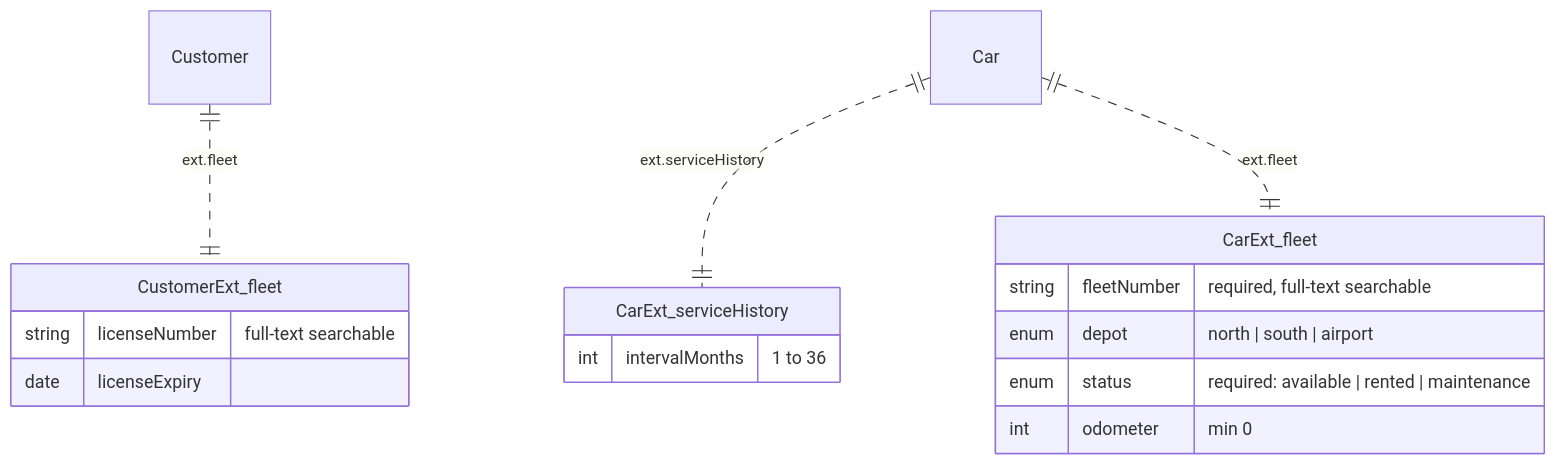
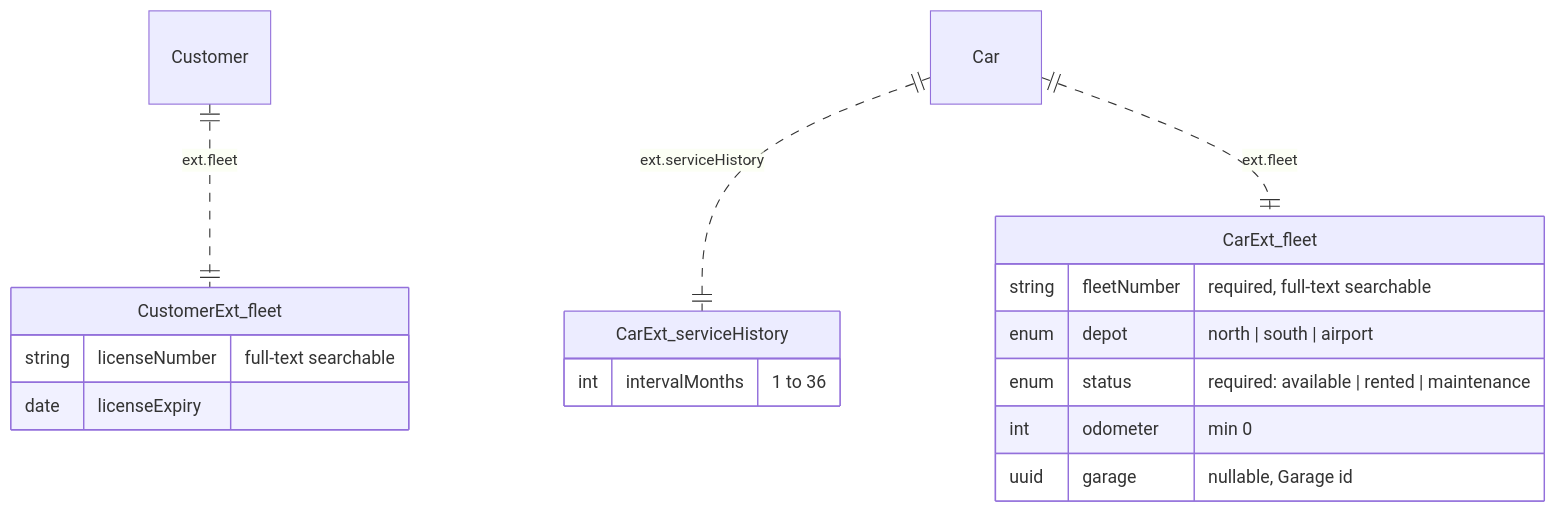
One commit to MatthewNichols/configurable-data-experiment changed the sixth of 6 diagrams in DB-SCHEMA.md. Above: the diagram before and after it, drawn with Mermaid. The commit also changed other lines of this file and 11 other files, not shown here.

````diff
--- a/DB-SCHEMA.md
+++ b/DB-SCHEMA.md
@@ -145,22 +170,23 @@
 ```mermaid
 erDiagram
     Customer ||..|| CustomerExt_fleet : "ext.fleet"
     Car ||..|| CarExt_serviceHistory : "ext.serviceHistory"
     Car ||..|| CarExt_fleet : "ext.fleet"
 
     CustomerExt_fleet {
         string licenseNumber "full-text searchable"
         date licenseExpiry
     }
 
     CarExt_serviceHistory {
         int intervalMonths "1 to 36"
     }
 
     CarExt_fleet {
         string fleetNumber "required, full-text searchable"
         enum depot "north | south | airport"
         enum status "required: available | rented | maintenance"
         int odometer "min 0"
+        uuid garage "nullable, Garage id"
     }
 ```
````
